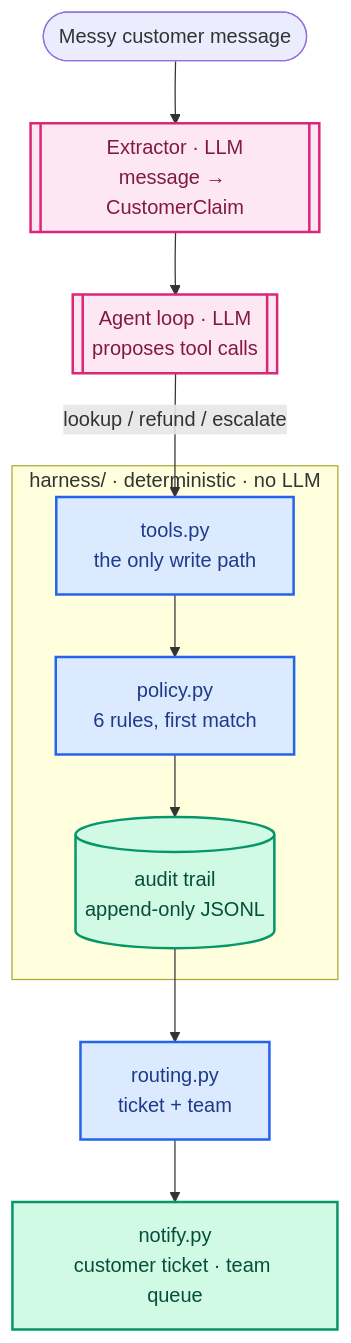
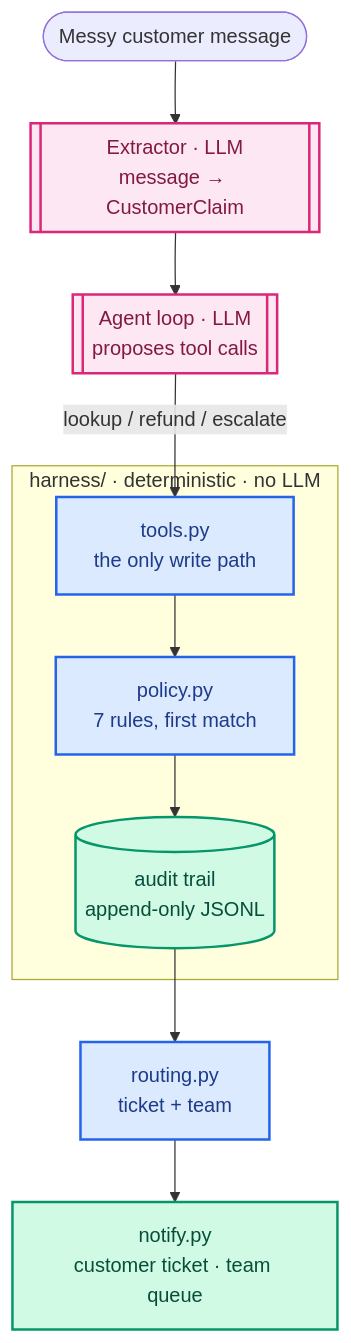
The diagram in README.md (AmanDataGuy/Resolv), drawn with Mermaid before and after one commit. The commit also changed other lines of this file, not shown here.

Commit message:
README.md: policy is 7 rules now (rule 0 rejects non-positive amounts)

````diff
--- a/README.md
+++ b/README.md
@@ -46,18 +46,18 @@
 ```mermaid
 flowchart TD
     Msg([Messy customer message]) --> Ext[["Extractor · LLM<br>message → CustomerClaim"]]:::llm
     Ext --> Loop[["Agent loop · LLM<br>proposes tool calls"]]:::llm
     Loop -->|lookup / refund / escalate| Tools[tools.py<br>the only write path]:::h
 
     subgraph HARNESS ["harness/ · deterministic · no LLM"]
-        Tools --> Policy[policy.py<br>6 rules, first match]:::h
+        Tools --> Policy[policy.py<br>7 rules, first match]:::h
         Policy --> Audit[(audit trail<br>append-only JSONL)]:::io
     end
 
     Audit --> Route[routing.py<br>ticket + team]:::h
     Route --> Notify[notify.py<br>customer ticket · team queue]:::io
 
     classDef llm fill:#fce7f3,stroke:#db2777,stroke-width:2px,color:#831843;
     classDef h fill:#dbeafe,stroke:#2563eb,stroke-width:2px,color:#1e3a8a;
     classDef io fill:#d1fae5,stroke:#059669,stroke-width:2px,color:#064e3b;
 ```
````
